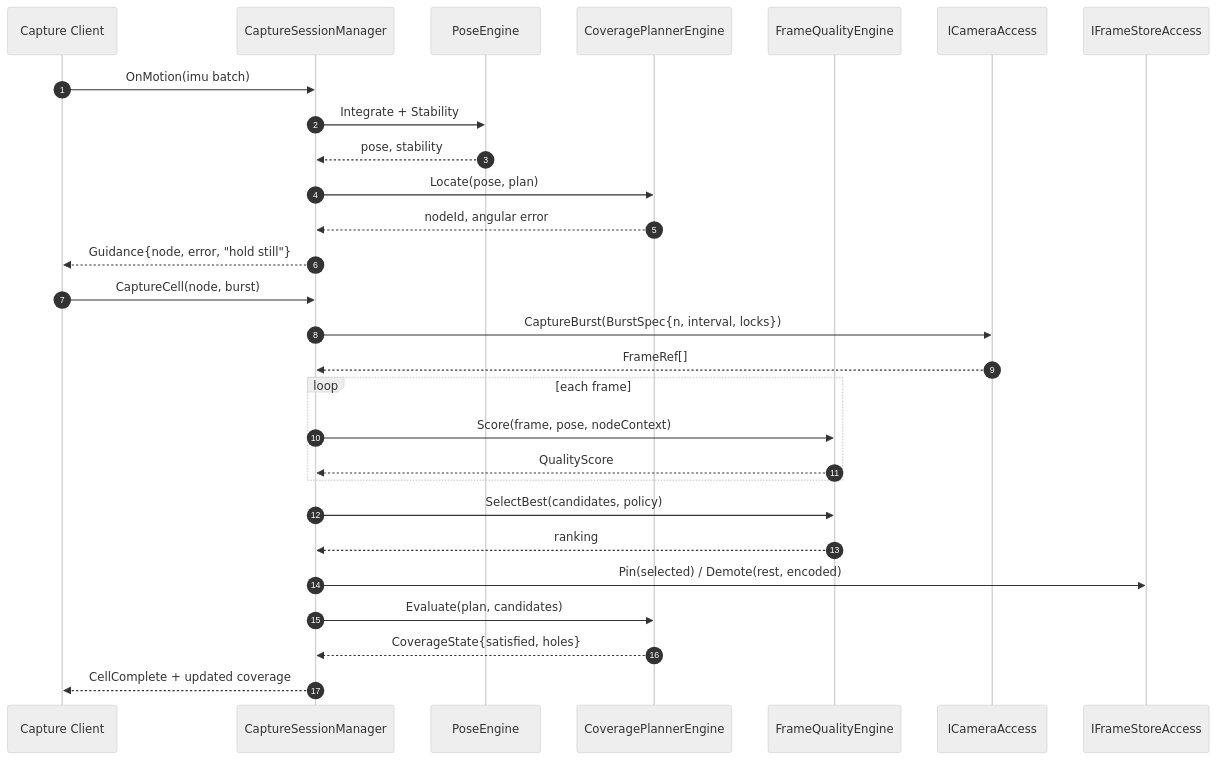
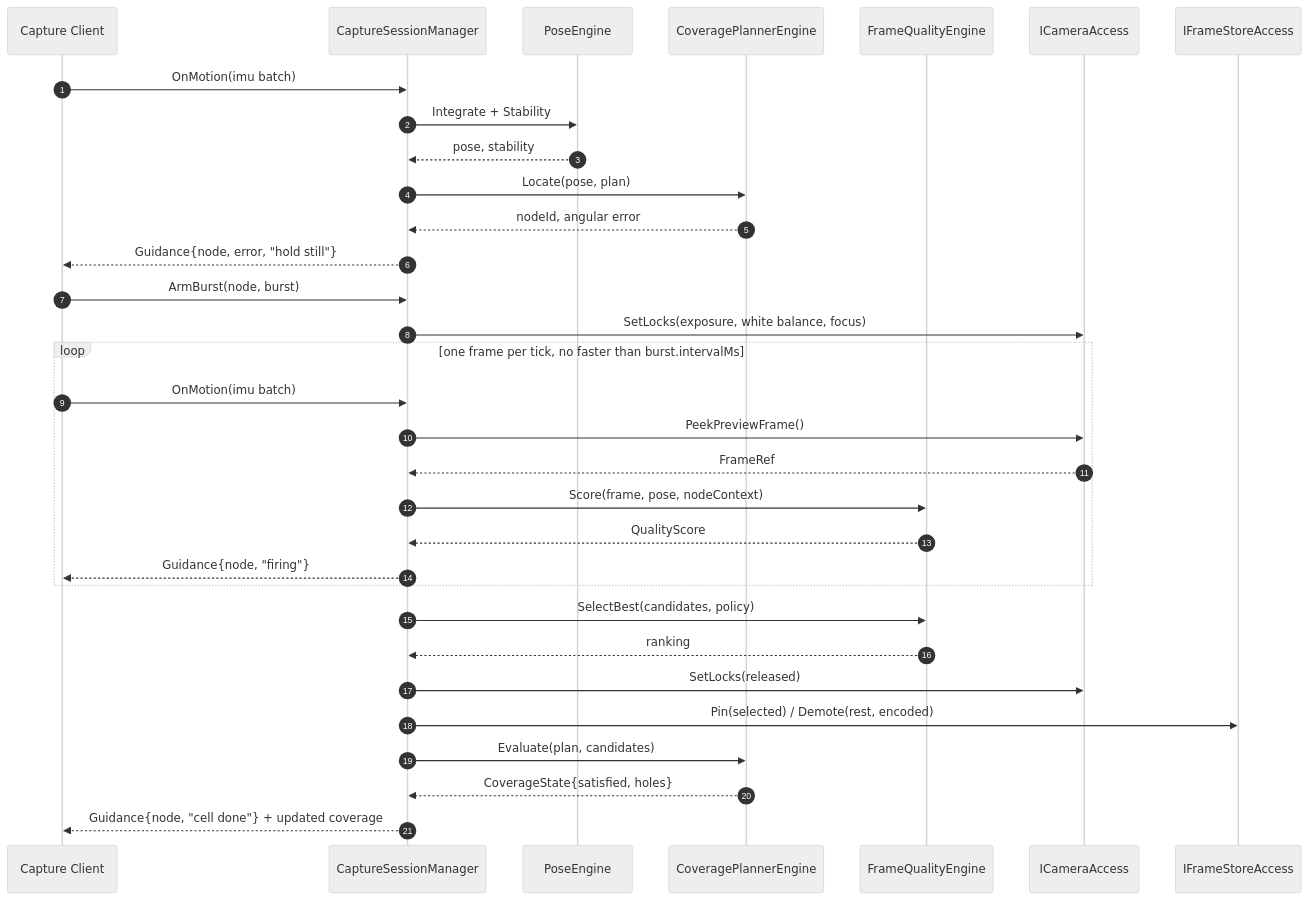
Before and after one commit to h3ll5ur7er/sphanorama: the third of 4 diagrams in docs/03-architecture.md, drawn with Mermaid (neutral theme). The commit also changed other lines of this file and 18 other files, not shown here.

````diff
--- a/docs/03-architecture.md
+++ b/docs/03-architecture.md
@@ -242,31 +246,35 @@
 ```mermaid
 sequenceDiagram
   autonumber
   participant U as Capture Client
   participant M as CaptureSessionManager
   participant P as PoseEngine
   participant V as CoveragePlannerEngine
   participant Q as FrameQualityEngine
   participant C as ICameraAccess
   participant F as IFrameStoreAccess
 
   U->>M: OnMotion(imu batch)
   M->>P: Integrate + Stability
   P-->>M: pose, stability
   M->>V: Locate(pose, plan)
   V-->>M: nodeId, angular error
   M-->>U: Guidance{node, error, "hold still"}
-  U->>M: CaptureCell(node, burst)
-  M->>C: CaptureBurst(BurstSpec{n, interval, locks})
-  C-->>M: FrameRef[]
-  loop each frame
+  U->>M: ArmBurst(node, burst)
+  M->>C: SetLocks(exposure, white balance, focus)
+  loop one frame per tick, no faster than burst.intervalMs
+    U->>M: OnMotion(imu batch)
+    M->>C: PeekPreviewFrame()
+    C-->>M: FrameRef
     M->>Q: Score(frame, pose, nodeContext)
     Q-->>M: QualityScore
+    M-->>U: Guidance{node, "firing"}
   end
   M->>Q: SelectBest(candidates, policy)
   Q-->>M: ranking
+  M->>C: SetLocks(released)
   M->>F: Pin(selected) / Demote(rest, encoded)
   M->>V: Evaluate(plan, candidates)
   V-->>M: CoverageState{satisfied, holes}
-  M-->>U: CellComplete + updated coverage
+  M-->>U: Guidance{node, "cell done"} + updated coverage
 ```
````
